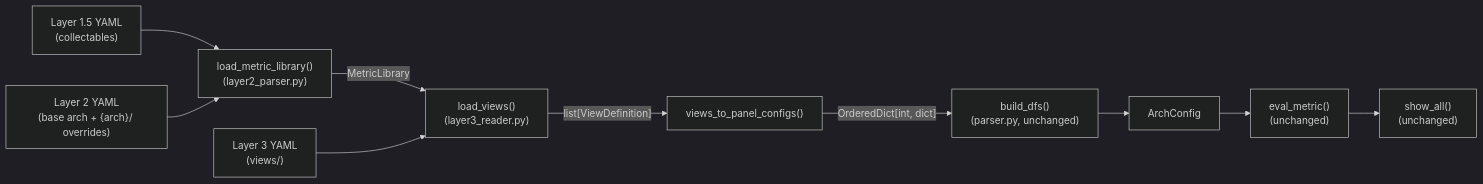
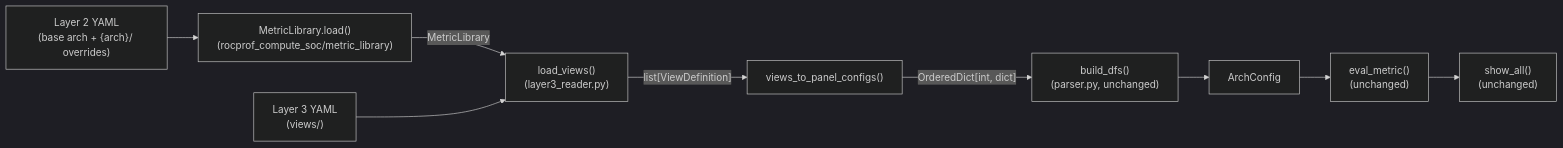
Before and after one commit to ROCm/rocm-systems: the third of 6 diagrams in projects/rocprofiler-compute/docs/design/analysis-config-redesign/lld-index.md, drawn with Mermaid (dark theme). The commit also changed other lines of this file and 41 other files, not shown here.

First line of the commit message:
feat(rocprofiler-compute): Add metric library for gfx908 and gfx90a (#13522)

````diff
--- a/projects/rocprofiler-compute/docs/design/analysis-config-redesign/lld-index.md
+++ b/projects/rocprofiler-compute/docs/design/analysis-config-redesign/lld-index.md
@@ -88,23 +91,21 @@
 ```mermaid
 flowchart LR
-    L15["Layer 1.5 YAML<br/>(collectables)"]
     L2["Layer 2 YAML<br/>(base arch + {arch}/ overrides)"]
     L3["Layer 3 YAML<br/>(views/)"]
-    LML["load_metric_library()<br/>(layer2_parser.py)"]
+    LML["MetricLibrary.load()<br/>(rocprof_compute_soc/metric_library)"]
     LV["load_views()<br/>(layer3_reader.py)"]
     V2P["views_to_panel_configs()"]
     BD["build_dfs()<br/>(parser.py, unchanged)"]
     AC["ArchConfig"]
     EM["eval_metric()<br/>(unchanged)"]
     SA["show_all()<br/>(unchanged)"]
 
-    L15 --> LML
     L2 --> LML
     LML -->|MetricLibrary| LV
     L3 --> LV
     LV -->|"list[ViewDefinition]"| V2P
     V2P -->|"OrderedDict[int, dict]"| BD
     BD --> AC
     AC --> EM
     EM --> SA
 ```
````
